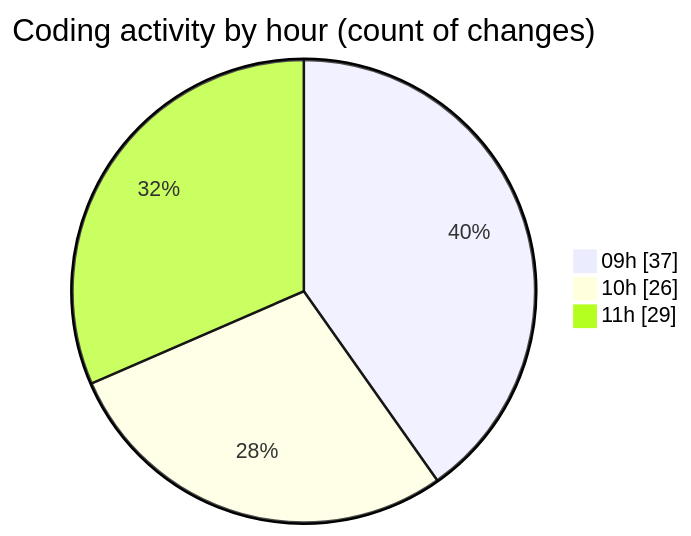
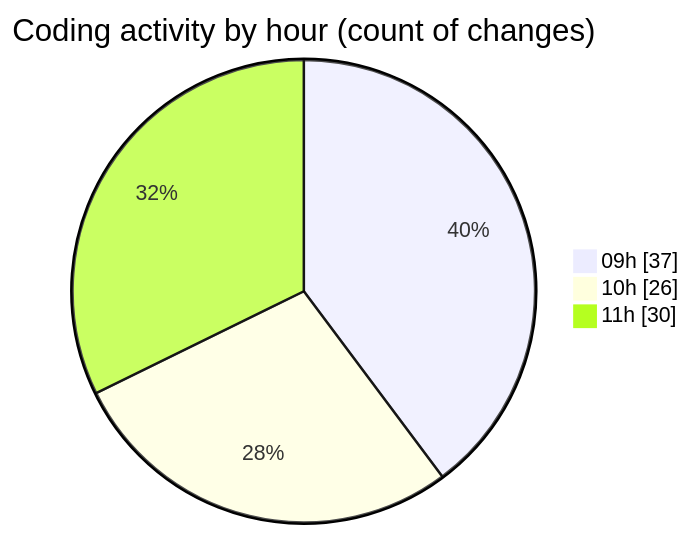
The second of 2 diagrams in 2025-11-14/cda/README.md (momahboobian/code-tracking), drawn with Mermaid before and after one commit. The commit also changed other lines of this file and 1 other file, not shown here.

````diff
--- a/2025-11-14/cda/README.md
+++ b/2025-11-14/cda/README.md
@@ -53,7 +53,7 @@
 ```mermaid
 pie showData
 title Coding activity by hour (count of changes)
 "09h" : 37
 "10h" : 26
-"11h" : 29
+"11h" : 30
 ```
````
